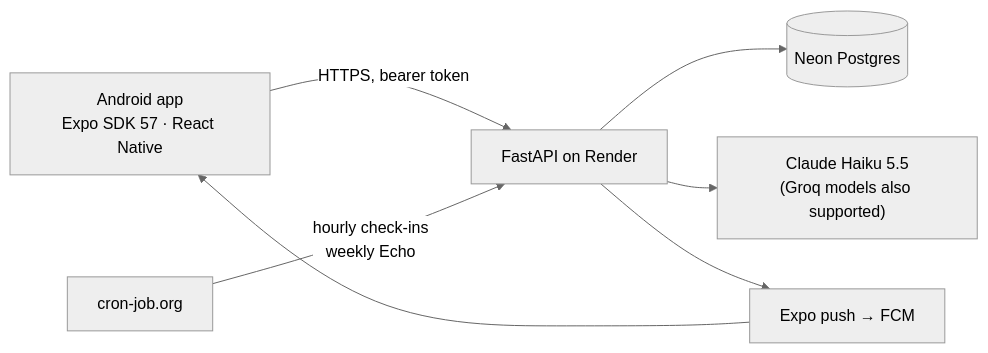
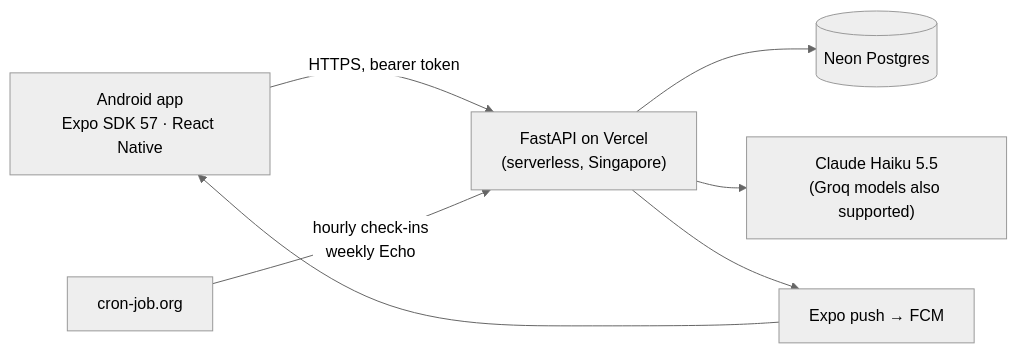
One commit to nith2212/Buddy changed the diagram in README.md. Above: the diagram before and after it, drawn with Mermaid (neutral theme). The commit also changed other lines of this file and 6 other files, not shown here.

First line of the commit message:
README and comments: Vercel not Render, 470 tests, what's shipped since Nov 9

````diff
--- a/README.md
+++ b/README.md
@@ -56,8 +70,8 @@
 ```mermaid
 flowchart LR
-  app["Android app<br/>Expo SDK 57 · React Native"] -- "HTTPS, bearer token" --> api["FastAPI on Render"]
+  app["Android app<br/>Expo SDK 57 · React Native"] -- "HTTPS, bearer token" --> api["FastAPI on Vercel<br/>(serverless, Singapore)"]
   api --> db[("Neon Postgres")]
   api --> llm["Claude Haiku 5.5<br/>(Groq models also supported)"]
   api --> push["Expo push → FCM"] --> app
   cron["cron-job.org"] -- "hourly check-ins<br/>weekly Echo" --> api
 ```
````
